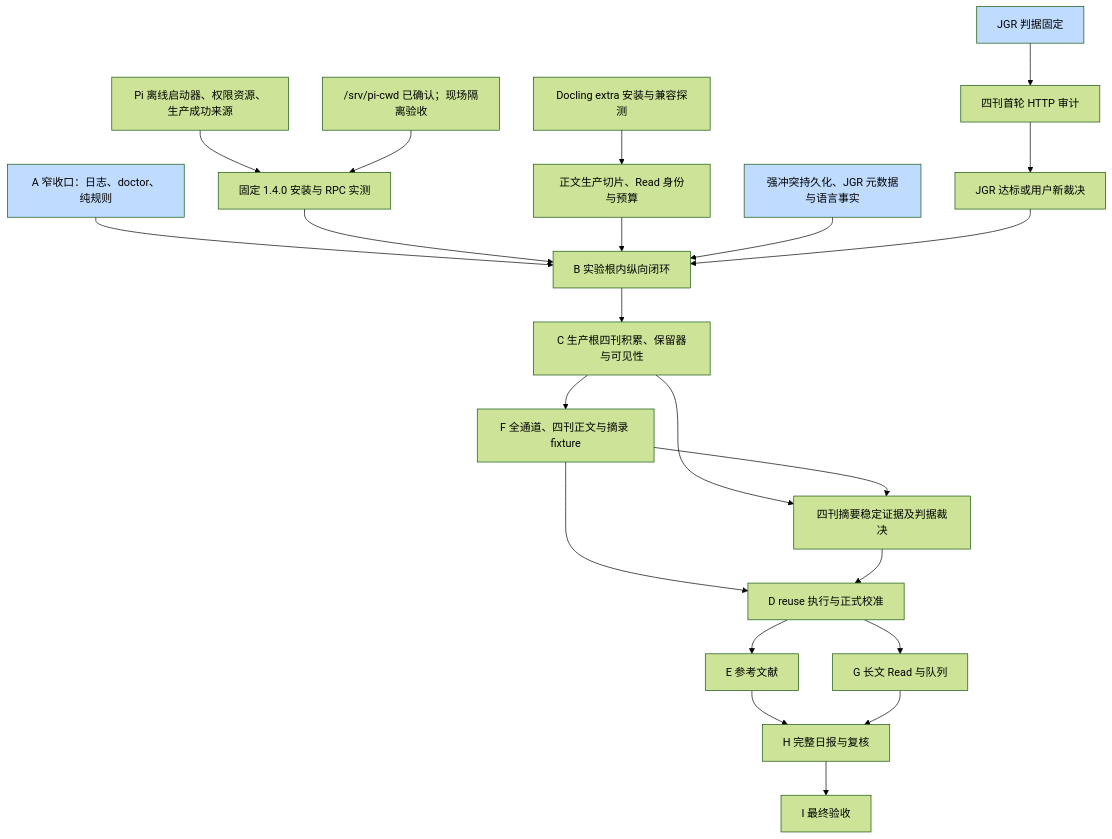
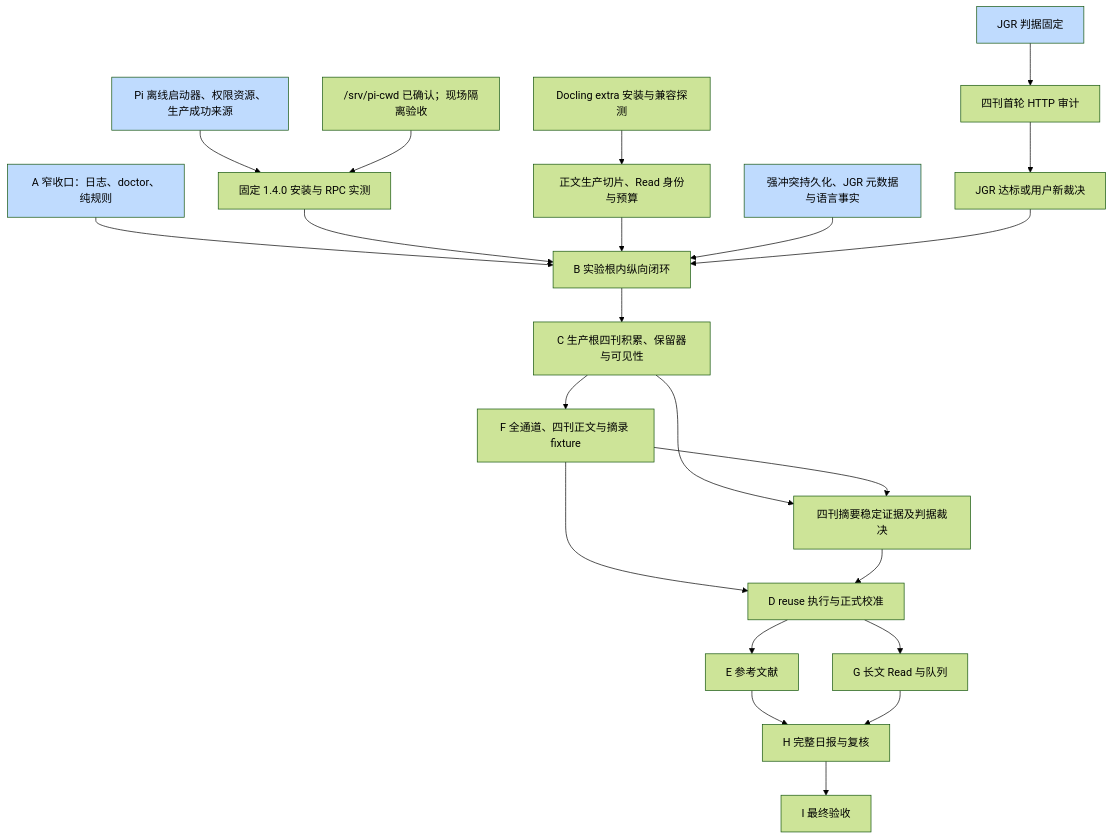
One commit to MeteoBoy4/PaperRadar changed the diagram in docs/roadmap.md. Above: the diagram before and after it, drawn with Mermaid (forest theme). The commit also changed other lines of this file and 9 other files, not shown here.

````diff
--- a/docs/roadmap.md
+++ b/docs/roadmap.md
@@ -19,26 +19,26 @@
 ```mermaid
 flowchart TD
   J[JGR 判据固定] --> Audit[四刊首轮 HTTP 审计]
   Audit --> Source[JGR 达标或用户新裁决]
   A[A 窄收口：日志、doctor、纯规则] --> B[B 实验根内纵向闭环]
   Pi[Pi 离线启动器、权限资源、生产成功来源] --> Live[固定 1.4.0 安装与 RPC 实测]
   Cwd["/srv/pi-cwd 已确认；现场隔离验收"] --> Live
   Live --> B
   Extra[Docling extra 安装与兼容探测] --> Body[正文生产切片、Read 身份与预算]
   Body --> B
   Feed[强冲突持久化、JGR 元数据与语言事实] --> B
   Source --> B
   B --> C[C 生产根四刊积累、保留器与可见性]
   C --> F[F 全通道、四刊正文与摘录 fixture]
   C --> Abstract[四刊摘要稳定证据及判据裁决]
   F --> Abstract
   F --> D[D reuse 执行与正式校准]
   Abstract --> D
   D --> E[E 参考文献]
   D --> G[G 长文 Read 与队列]
   E --> H[H 完整日报与复核]
   G --> H
   H --> I[I 最终验收]
   classDef completed fill:#bfdbfe
-  class J,A,Feed completed
+  class J,A,Pi,Feed completed
 ```
````
